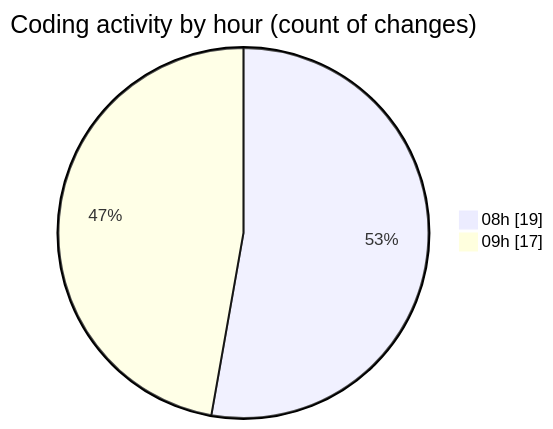
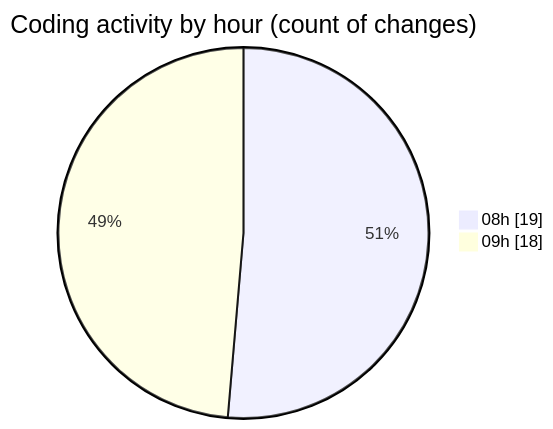
One commit to vahidmafi/code-tracking changed the second of 2 diagrams in 2025-09-13/shop/README.md. Above: the diagram before and after it, drawn with Mermaid. The commit also changed other lines of this file and 1 other file, not shown here.

````diff
--- a/2025-09-13/shop/README.md
+++ b/2025-09-13/shop/README.md
@@ -47,6 +48,6 @@
 ```mermaid
 pie showData
 title Coding activity by hour (count of changes)
 "08h" : 19
-"09h" : 17
+"09h" : 18
 ```
````
